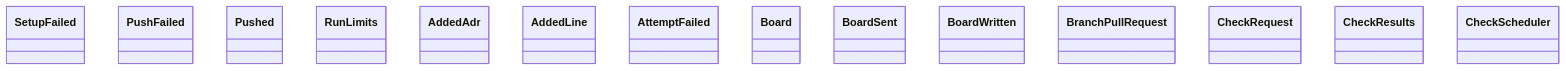
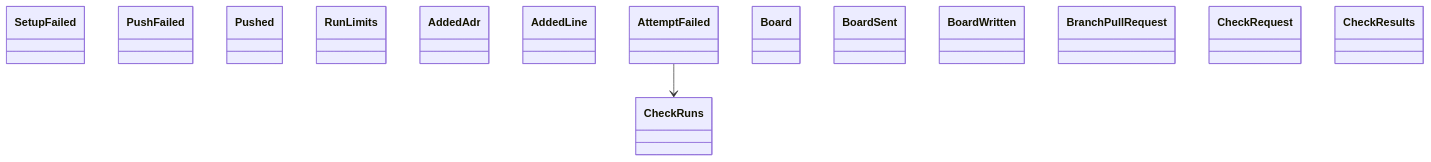
Before and after one commit to GonzaloZevallos/agentic-system: the diagram in docs/architecture/generated/classes-process-application-support-1.md, drawn with Mermaid. The commit also changed other lines of this file and 10 other files, not shown here.

Commit message:
Regenerate the architecture docs for the check-run log

````diff
--- a/docs/architecture/generated/classes-process-application-support-1.md
+++ b/docs/architecture/generated/classes-process-application-support-1.md
@@ -16,17 +16,18 @@
 ```mermaid
 classDiagram
     class checkouts__SetupFailed["SetupFailed"]
     class ci_push__PushFailed["PushFailed"]
     class ci_push__Pushed["Pushed"]
     class limits__RunLimits["RunLimits"]
     class ports__AddedAdr["AddedAdr"]
     class ports__AddedLine["AddedLine"]
     class ports__AttemptFailed["AttemptFailed"]
     class ports__Board["Board"]
     class ports__BoardSent["BoardSent"]
     class ports__BoardWritten["BoardWritten"]
     class ports__BranchPullRequest["BranchPullRequest"]
     class ports__CheckRequest["CheckRequest"]
     class ports__CheckResults["CheckResults"]
-    class ports__CheckScheduler["CheckScheduler"]
+    class ports__CheckRuns["CheckRuns"]
+    ports__AttemptFailed --> ports__CheckRuns
 ```
````
